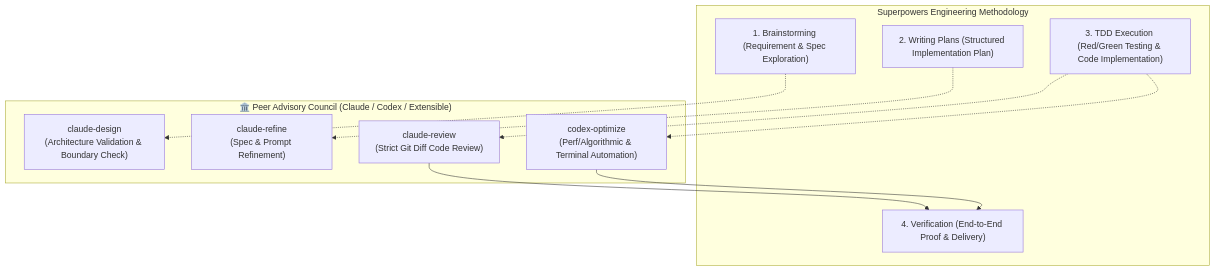
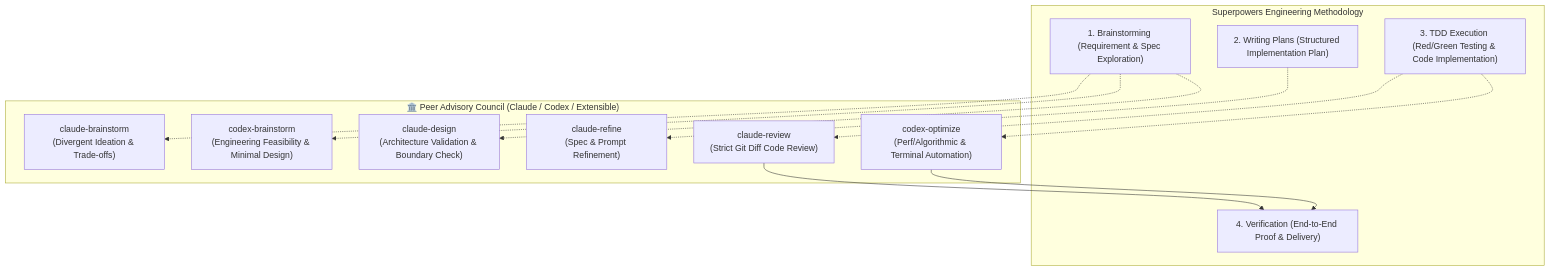
One commit to gogog22510/agent-collaborator changed the diagram in templates/antigravity_superpowers.md. Above: the diagram before and after it, drawn with Mermaid. The commit also changed other lines of this file and 11 other files, not shown here.

Commit message:
feat: add claude-brainstorm and codex-brainstorm tools, fix rate-limit false fallback, update templates and docs

````diff
--- a/templates/antigravity_superpowers.md
+++ b/templates/antigravity_superpowers.md
@@ -85,23 +87,27 @@
 ```mermaid
 flowchart TD
     subgraph SuperpowersFlow["Superpowers Engineering Methodology"]
         B["1. Brainstorming (Requirement & Spec Exploration)"]
         P["2. Writing Plans (Structured Implementation Plan)"]
         T["3. TDD Execution (Red/Green Testing & Code Implementation)"]
         V["4. Verification (End-to-End Proof & Delivery)"]
     end
 
     subgraph PeerAdvisors["🏛️ Peer Advisory Council (Claude / Codex / Extensible)"]
+        CB["claude-brainstorm<br/>(Divergent Ideation & Trade-offs)"]
+        XB["codex-brainstorm<br/>(Engineering Feasibility & Minimal Design)"]
         CD["claude-design<br/>(Architecture Validation & Boundary Check)"]
         CR["claude-refine<br/>(Spec & Prompt Refinement)"]
         CW["claude-review<br/>(Strict Git Diff Code Review)"]
         CO["codex-optimize<br/>(Perf/Algorithmic & Terminal Automation)"]
     end
 
+    B -.-> CB
+    B -.-> XB
     B -.-> CD
     P -.-> CR
     T -.-> CW
     T -.-> CO
     CW --> V
     CO --> V
 ```
````
